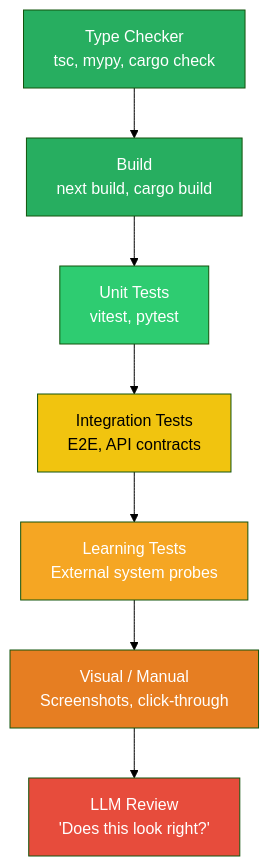
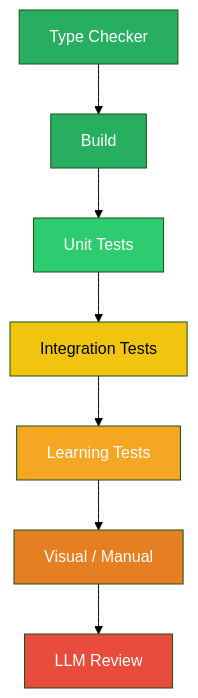
Before and after one commit to Alaslani/AI-Framework: the diagram in docs/diagrams/back-pressure-pyramid.md, drawn with Mermaid (forest theme). The commit also changed 7 other files, not shown here.

First line of the commit message:
fix(diagrams): simplify Mermaid diagrams for GitHub rendering

````diff
--- a/docs/diagrams/back-pressure-pyramid.md
+++ b/docs/diagrams/back-pressure-pyramid.md
@@ -5,20 +5,20 @@
 ```mermaid
 flowchart TB
-    TC[Type Checker\ntsc, mypy, cargo check]
-    B[Build\nnext build, cargo build]
-    UT[Unit Tests\nvitest, pytest]
-    IT[Integration Tests\nE2E, API contracts]
-    LT[Learning Tests\nExternal system probes]
-    VM[Visual / Manual\nScreenshots, click-through]
-    LLM[LLM Review\n'Does this look right?']
+    TC[Type Checker]
+    B[Build]
+    UT[Unit Tests]
+    IT[Integration Tests]
+    LT[Learning Tests]
+    VM[Visual / Manual]
+    LLM[LLM Review]
 
     TC --> B --> UT --> IT --> LT --> VM --> LLM
 
     style TC fill:#27ae60,color:#fff
     style B fill:#27ae60,color:#fff
     style UT fill:#2ecc71,color:#fff
     style IT fill:#f1c40f,color:#000
     style LT fill:#f5a623,color:#fff
     style VM fill:#e67e22,color:#fff
     style LLM fill:#e74c3c,color:#fff
 ```
````
